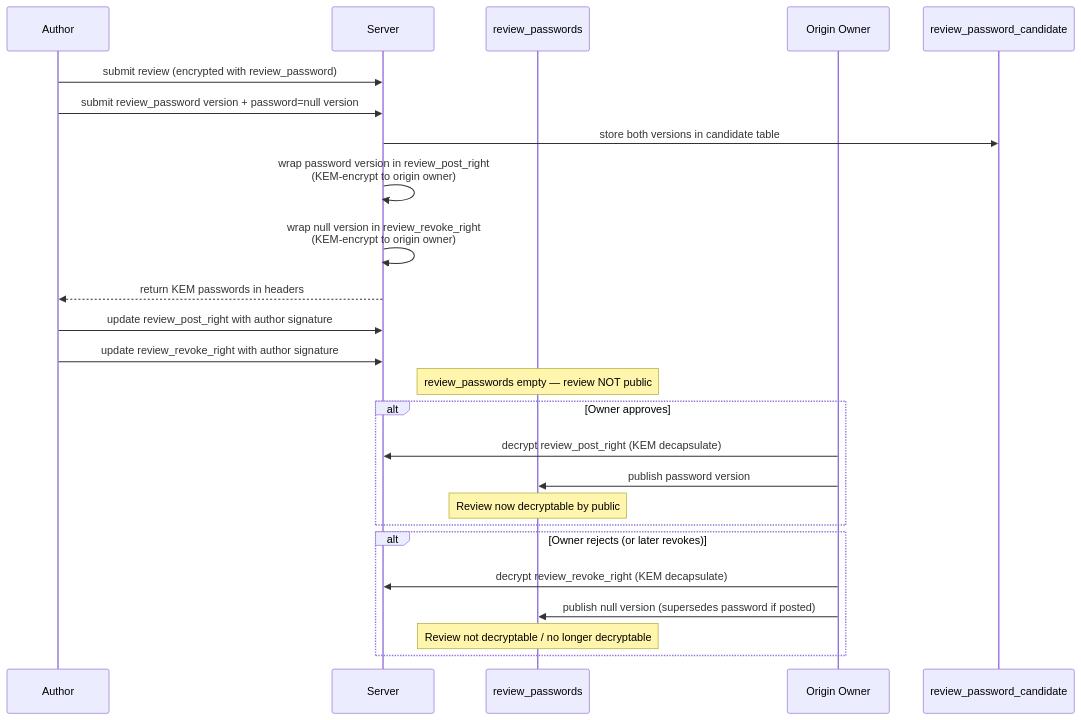
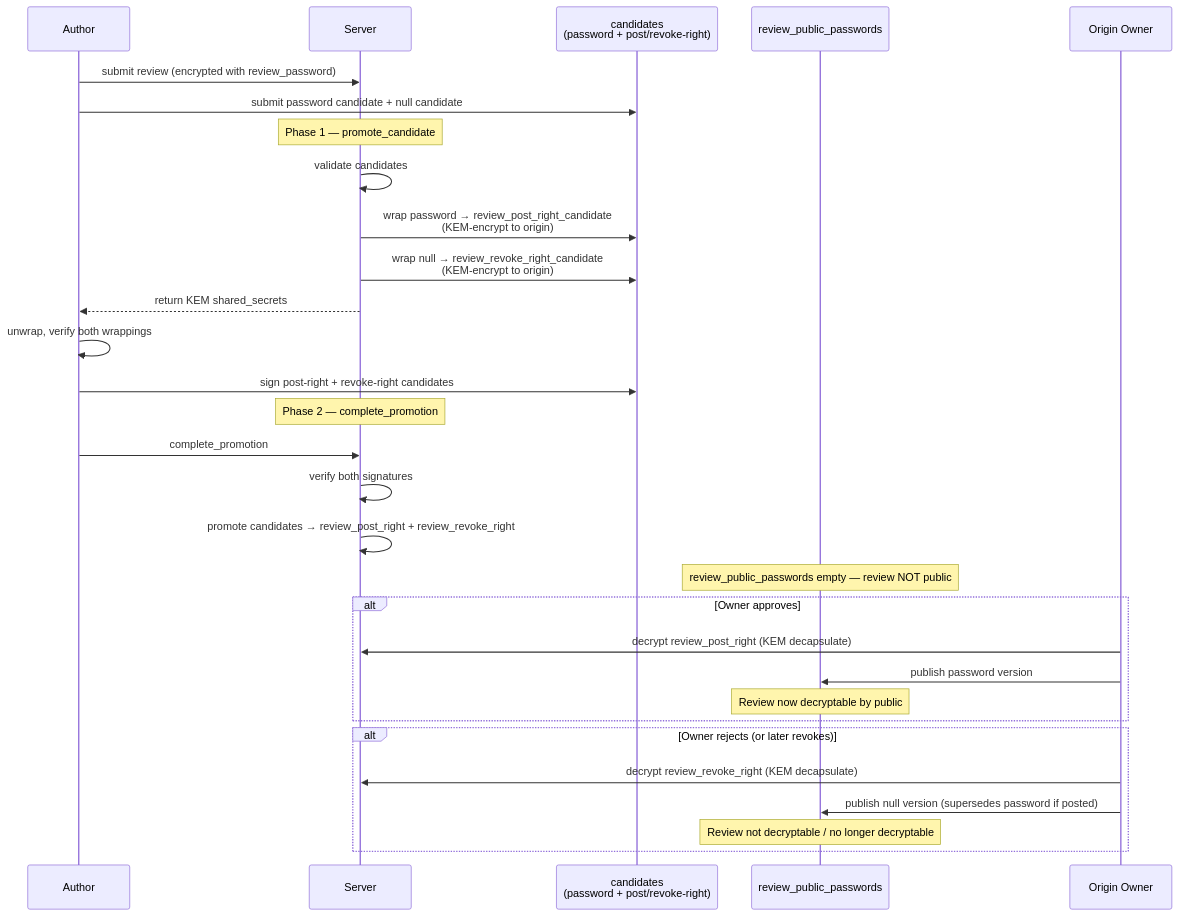
Before and after one commit to Buckitup-chat/chat: the fourth of 4 diagrams in docs/proposal/reviews.md, drawn with Mermaid. The commit also changed other lines of this file and 1 other file, not shown here.

````diff
--- a/docs/proposal/reviews.md
+++ b/docs/proposal/reviews.md
@@ -185,31 +196,36 @@
 ```mermaid
 sequenceDiagram
     participant A as Author
     participant S as Server
-    participant P as review_passwords
+    participant C as candidates<br/>(password + post/revoke-right)
+    participant P as review_public_passwords
     participant O as Origin Owner
-    participant C as review_password_candidate
 
     A->>S: submit review (encrypted with review_password)
-    A->>S: submit review_password version + password=null version
-    S->>C: store both versions in candidate table
-    S->>S: wrap password version in review_post_right<br/>(KEM-encrypt to origin owner)
-    S->>S: wrap null version in review_revoke_right<br/>(KEM-encrypt to origin owner)
-    S-->>A: return KEM passwords in headers
-    A->>S: update review_post_right with author signature
-    A->>S: update review_revoke_right with author signature
+    A->>C: submit password candidate + null candidate
+    Note over S: Phase 1 — promote_candidate
+    S->>S: validate candidates
+    S->>C: wrap password → review_post_right_candidate<br/>(KEM-encrypt to origin)
+    S->>C: wrap null → review_revoke_right_candidate<br/>(KEM-encrypt to origin)
+    S-->>A: return KEM shared_secrets
+    A->>A: unwrap, verify both wrappings
+    A->>C: sign post-right + revoke-right candidates
+    Note over S: Phase 2 — complete_promotion
+    A->>S: complete_promotion
+    S->>S: verify both signatures
+    S->>S: promote candidates → review_post_right + review_revoke_right
 
-    Note over P: review_passwords empty — review NOT public
+    Note over P: review_public_passwords empty — review NOT public
 
     alt Owner approves
         O->>S: decrypt review_post_right (KEM decapsulate)
         O->>P: publish password version
         Note over P: Review now decryptable by public
     end
 
     alt Owner rejects (or later revokes)
         O->>S: decrypt review_revoke_right (KEM decapsulate)
         O->>P: publish null version (supersedes password if posted)
         Note over P: Review not decryptable / no longer decryptable
     end
 ```
````
